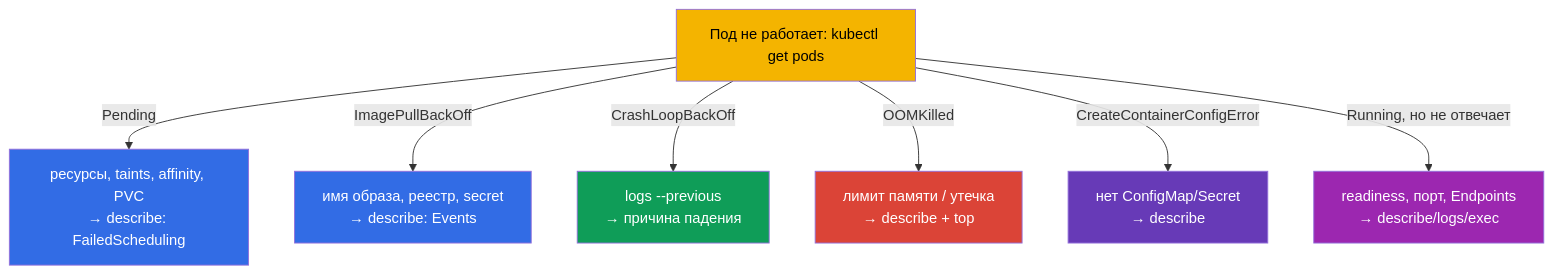
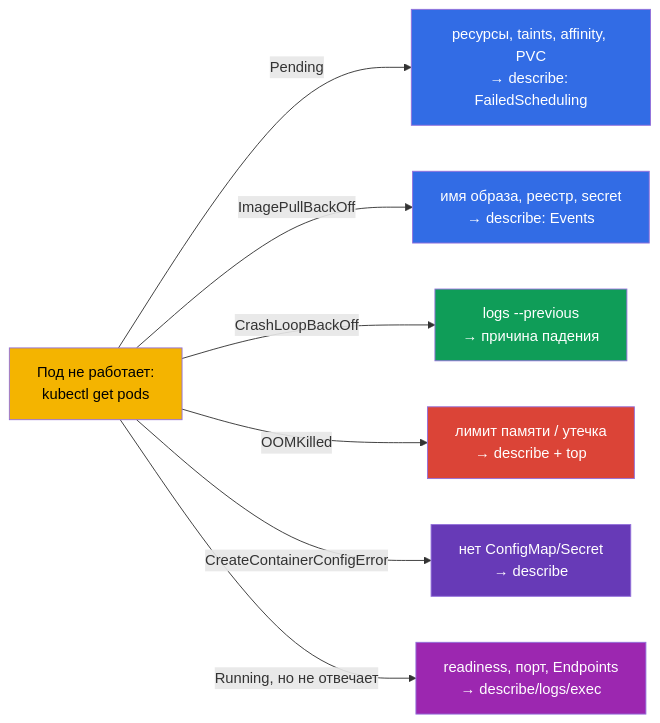
The seventh of 7 diagrams in tasks/cka/course/44/ru.md (ViktorUJ/cks), drawn with Mermaid before and after one commit. The commit also changed other lines of this file and 30 other files, not shown here.

````diff
--- a/tasks/cka/course/44/ru.md
+++ b/tasks/cka/course/44/ru.md
@@ -162,17 +162,17 @@
 ```mermaid
-flowchart TB
-    start["Под не работает: kubectl get pods"]
+flowchart LR
+    start["Под не работает:<br>kubectl get pods"]
     start -->|"Pending"| pending["ресурсы, taints, affinity, PVC<br>→ describe: FailedScheduling"]
     start -->|"ImagePullBackOff"| img["имя образа, реестр, secret<br>→ describe: Events"]
     start -->|"CrashLoopBackOff"| crash["logs --previous<br>→ причина падения"]
     start -->|"OOMKilled"| oom["лимит памяти / утечка<br>→ describe + top"]
     start -->|"CreateContainerConfigError"| cfg["нет ConfigMap/Secret<br>→ describe"]
     start -->|"Running, но не отвечает"| running["readiness, порт, Endpoints<br>→ describe/logs/exec"]
     style start fill:#f4b400,color:#000
     style pending fill:#326ce5,color:#fff
     style img fill:#326ce5,color:#fff
     style crash fill:#0f9d58,color:#fff
     style oom fill:#db4437,color:#fff
     style cfg fill:#673ab7,color:#fff
     style running fill:#9c27b0,color:#fff
 ```
````
